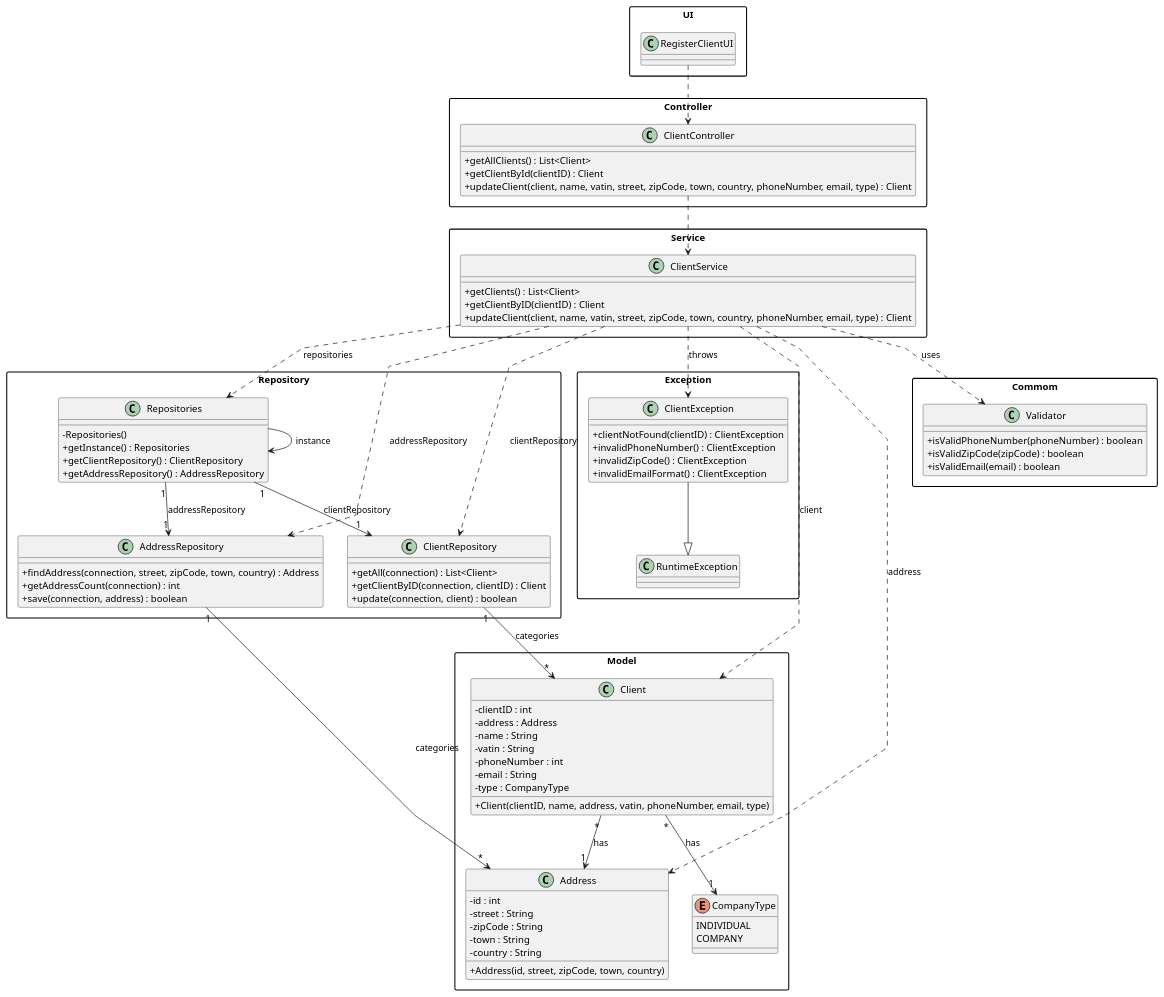
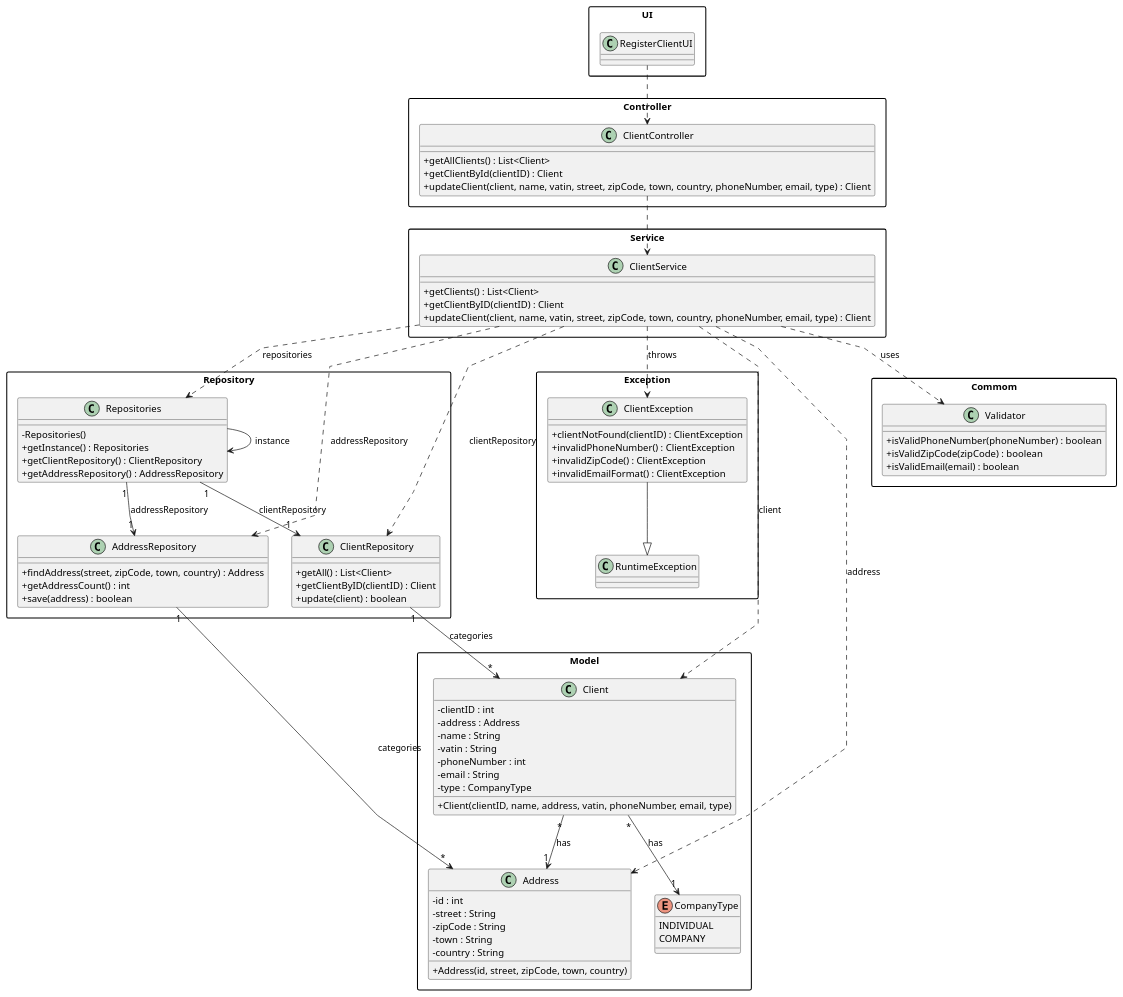
Before and after one commit to daniel41silva05/Production_Control_Industrial_ISEP: the diagram in documentation/user-stories/us003/03.design/puml/us003-class-diagram.puml, drawn with PlantUML. The commit also changed 7 other files, not shown here.

```diff
--- a/documentation/user-stories/us003/03.design/puml/us003-class-diagram.puml
+++ b/documentation/user-stories/us003/03.design/puml/us003-class-diagram.puml
@@ -1,114 +1,114 @@
 @startuml
 skinparam packageStyle rectangle
 skinparam shadowing false
 skinparam linetype polyline
 skinparam classAttributeIconSize 0
 
 package "UI" {
     class RegisterClientUI {
     }
 }
 
 package "Controller" {
     class ClientController {
         +getAllClients() : List<Client>
         +getClientById(clientID) : Client
         +updateClient(client, name, vatin, street, zipCode, town, country, phoneNumber, email, type) : Client
     }
 }
 
 package "Service" {
     class ClientService {
         +getClients() : List<Client>
         +getClientByID(clientID) : Client
         +updateClient(client, name, vatin, street, zipCode, town, country, phoneNumber, email, type) : Client
     }
 }
 
 package "Repository" {
     class Repositories {
         -Repositories()
         +getInstance() : Repositories
         +getClientRepository() : ClientRepository
         +getAddressRepository() : AddressRepository
     }
 
     class ClientRepository {
-        +getAll(connection) : List<Client>
-        +getClientByID(connection, clientID) : Client
-        +update(connection, client) : boolean
+        +getAll() : List<Client>
+        +getClientByID(clientID) : Client
+        +update(client) : boolean
     }
 
     class AddressRepository {
-        +findAddress(connection, street, zipCode, town, country) : Address
-        +getAddressCount(connection) : int
-        +save(connection, address) : boolean
+        +findAddress(street, zipCode, town, country) : Address
+        +getAddressCount() : int
+        +save(address) : boolean
     }
 }
 
 package "Model" {
     class Client {
         -clientID : int
         -address : Address
         -name : String
         -vatin : String
         -phoneNumber : int
         -email : String
         -type : CompanyType
         +Client(clientID, name, address, vatin, phoneNumber, email, type)
     }
 
     class Address {
         -id : int
         -street : String
         -zipCode : String
         -town : String
         -country : String
         +Address(id, street, zipCode, town, country)
     }
 
     enum CompanyType {
         INDIVIDUAL
         COMPANY
     }
 }
 
 package "Exception" {
     class ClientException {
         +clientNotFound(clientID) : ClientException
         +invalidPhoneNumber() : ClientException
         +invalidZipCode() : ClientException
         +invalidEmailFormat() : ClientException
     }
 
     class RuntimeException
 }
 
 package "Commom" {
     class Validator {
         +isValidPhoneNumber(phoneNumber) : boolean
         +isValidZipCode(zipCode) : boolean
         +isValidEmail(email) : boolean
     }
 }
 
 
 RegisterClientUI ..> ClientController
 ClientController ..> ClientService
 ClientService ..> Repositories : repositories
 ClientService ..> ClientRepository : clientRepository
 ClientService ..> AddressRepository : addressRepository
 ClientService ..> Client : client
 ClientService ..> Address : address
 Repositories --> Repositories : instance
 Repositories "1" --> "1" ClientRepository : clientRepository
 Repositories "1" --> "1" AddressRepository : addressRepository
 ClientRepository "1" --> "*" Client : categories
 AddressRepository "1" --> "*" Address : categories
 Client "*" --> "1" Address : has
 Client "*" --> "1" CompanyType : has
 ClientService ..> ClientException : throws
 ClientException --|> RuntimeException
 ClientService ..> Validator : uses
 
 @enduml
```
